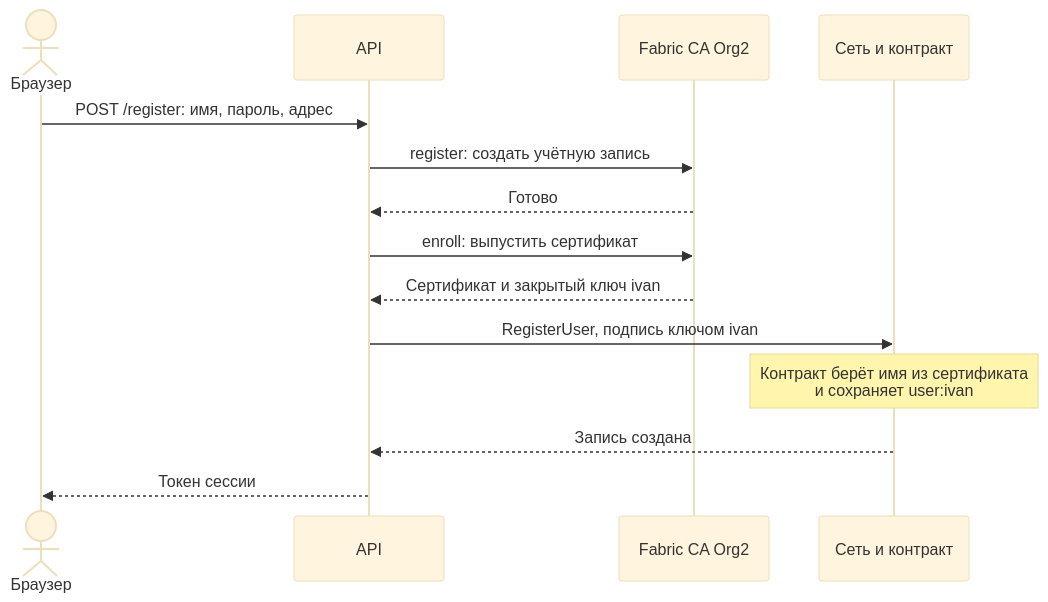
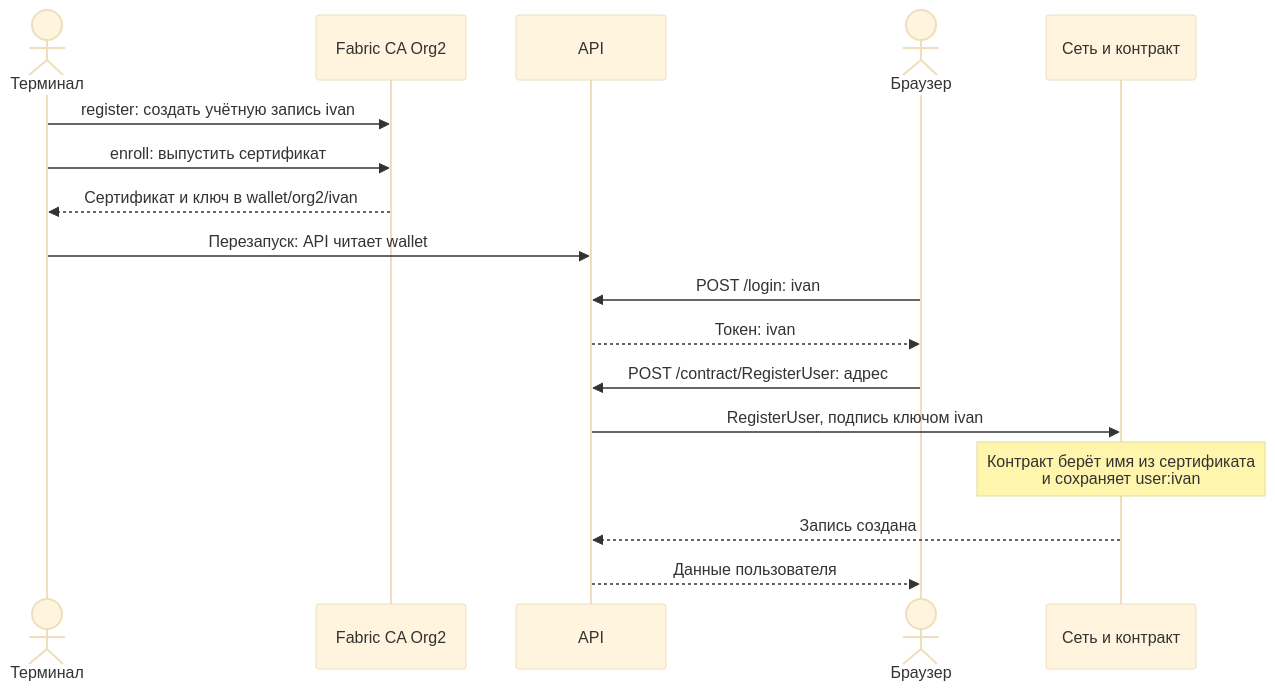
Before and after one commit to DmitroZubroni/HyperLadger-strust-and-start: the sixth of 6 diagrams in ARCHITECTURE.md, drawn with Mermaid (base theme). The commit also changed other lines of this file and 7 other files, not shown here.

First line of the commit message:
Упростить API: пользователи из терминала, GET и POST

````diff
--- a/ARCHITECTURE.md
+++ b/ARCHITECTURE.md
@@ -267,16 +271,19 @@
 ```mermaid
 sequenceDiagram
+  actor T as Терминал
+  participant CA as Fabric CA Org2
+  participant A as API
   actor U as Браузер
-  participant A as API
-  participant CA as Fabric CA Org2
   participant N as Сеть и контракт
-  U->>A: POST /register: имя, пароль, адрес
-  A->>CA: register: создать учётную запись
-  CA-->>A: Готово
-  A->>CA: enroll: выпустить сертификат
-  CA-->>A: Сертификат и закрытый ключ ivan
+  T->>CA: register: создать учётную запись ivan
+  T->>CA: enroll: выпустить сертификат
+  CA-->>T: Сертификат и ключ в wallet/org2/ivan
+  T->>A: Перезапуск: API читает wallet
+  U->>A: POST /login: ivan
+  A-->>U: Токен: ivan
+  U->>A: POST /contract/RegisterUser: адрес
   A->>N: RegisterUser, подпись ключом ivan
   Note over N: Контракт берёт имя из сертификата<br/>и сохраняет user:ivan
   N-->>A: Запись создана
-  A-->>U: Токен сессии
+  A-->>U: Данные пользователя
 ```
````
